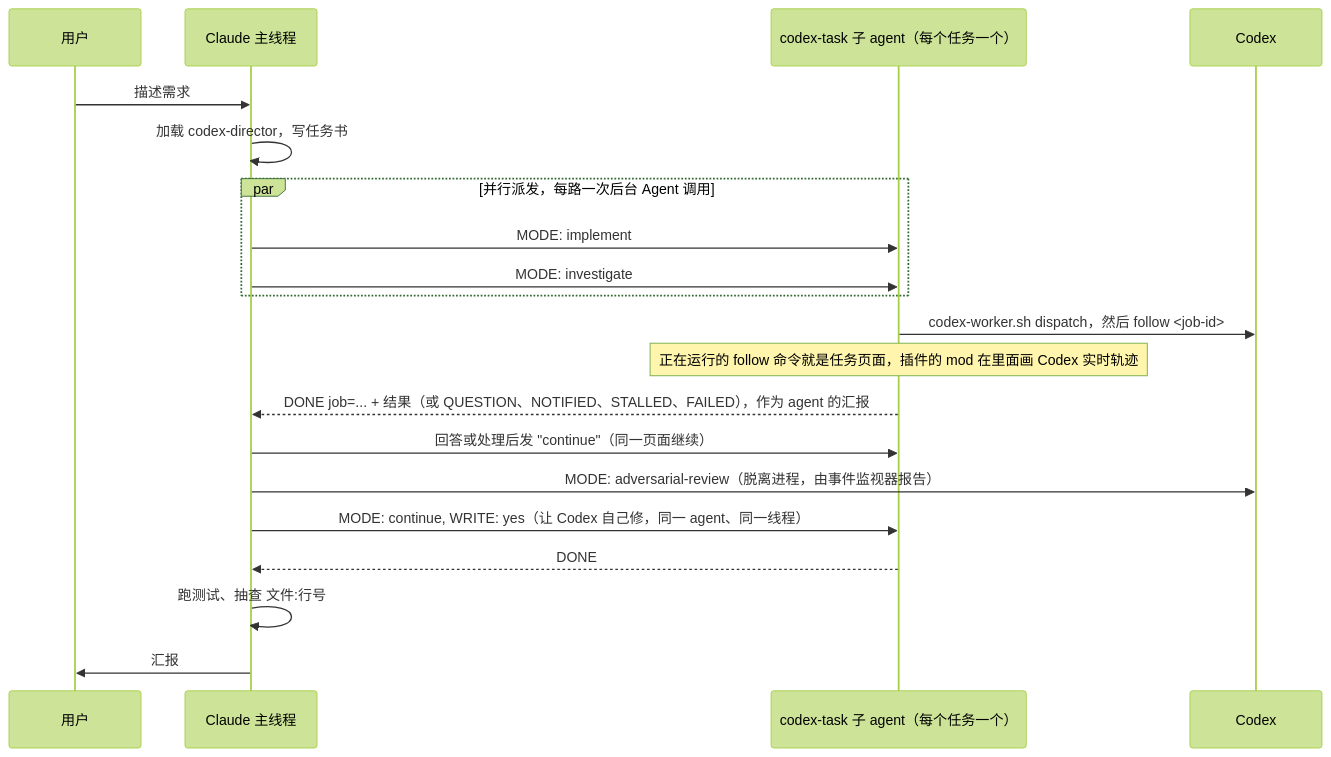
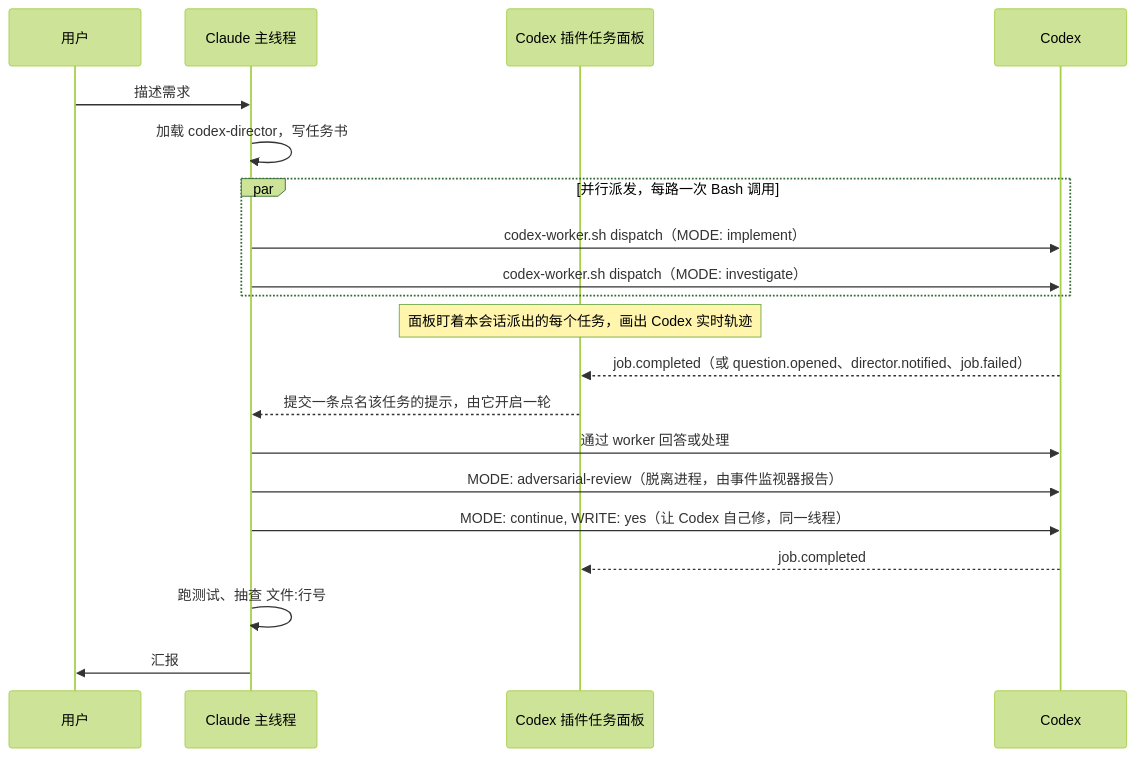
One commit to y-cruce/code-director changed the diagram in README.zh-CN.md. Above: the diagram before and after it, drawn with Mermaid (forest theme). The commit also changed other lines of this file and 5 other files, not shown here.

First line of the commit message:
Retire the codex-task agent: the tasks pane carries a task now

````diff
--- a/README.zh-CN.md
+++ b/README.zh-CN.md
@@ -22,23 +21,23 @@
 ```mermaid
 sequenceDiagram
     participant U as 用户
     participant C as Claude 主线程
-    participant A as codex-task 子 agent（每个任务一个）
+    participant P as Codex 插件任务面板
     participant X as Codex
 
     U->>C: 描述需求
     C->>C: 加载 codex-director，写任务书
-    par 并行派发，每路一次后台 Agent 调用
-        C->>A: MODE: implement
-        C->>A: MODE: investigate
+    par 并行派发，每路一次 Bash 调用
+        C->>X: codex-worker.sh dispatch（MODE: implement）
+        C->>X: codex-worker.sh dispatch（MODE: investigate）
     end
-    A->>X: codex-worker.sh dispatch，然后 follow <job-id>
-    Note over A: 正在运行的 follow 命令就是任务页面，插件的 mod 在里面画 Codex 实时轨迹
-    A-->>C: DONE job=... + 结果（或 QUESTION、NOTIFIED、STALLED、FAILED），作为 agent 的汇报
-    C->>A: 回答或处理后发 "continue"（同一页面继续）
+    Note over P: 面板盯着本会话派出的每个任务，画出 Codex 实时轨迹
+    X-->>P: job.completed（或 question.opened、director.notified、job.failed）
+    P-->>C: 提交一条点名该任务的提示，由它开启一轮
+    C->>X: 通过 worker 回答或处理
     C->>X: MODE: adversarial-review（脱离进程，由事件监视器报告）
-    C->>A: MODE: continue, WRITE: yes（让 Codex 自己修，同一 agent、同一线程）
-    A-->>C: DONE
+    C->>X: MODE: continue, WRITE: yes（让 Codex 自己修，同一线程）
+    X-->>P: job.completed
     C->>C: 跑测试、抽查 文件:行号
     C->>U: 汇报
 ```
````
